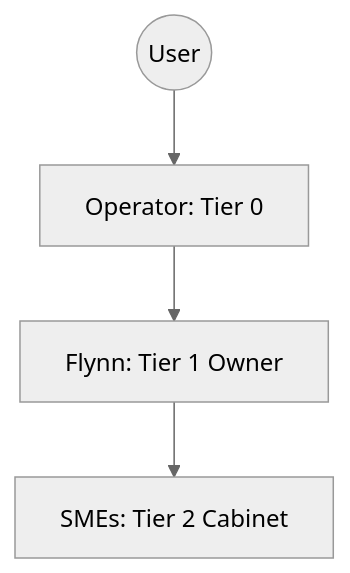
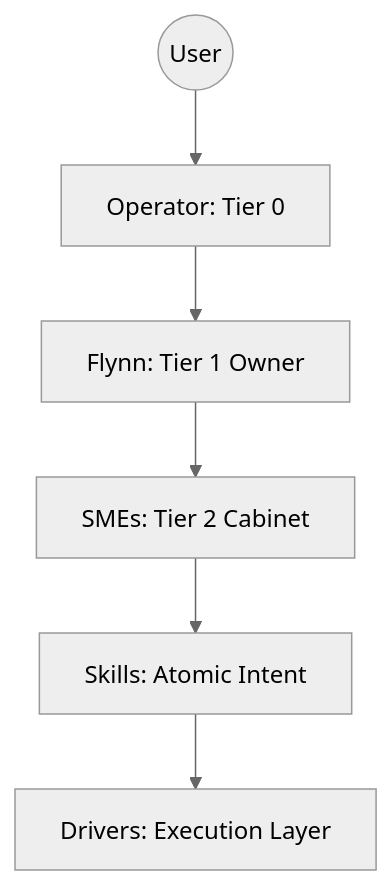
The diagram in AGENTS.md (Gizmo4Life/ai-kernel), drawn with Mermaid (neutral theme) before and after one commit. The commit also changed other lines of this file and 34 other files, not shown here.

Commit message:
Diamond Logic: Formalize 5-Layer Architecture and Promote Driver Cabinet (v5.4.2)

````diff
--- a/AGENTS.md
+++ b/AGENTS.md
@@ -8,6 +8,8 @@
 ```mermaid
 graph TD
     User((User)) --> Operator[Operator: Tier 0]
     Operator --> Flynn[Flynn: Tier 1 Owner]
     Flynn --> SMEs[SMEs: Tier 2 Cabinet]
+    SMEs --> Skills[Skills: Atomic Intent]
+    Skills --> Drivers[Drivers: Execution Layer]
 ```
````
